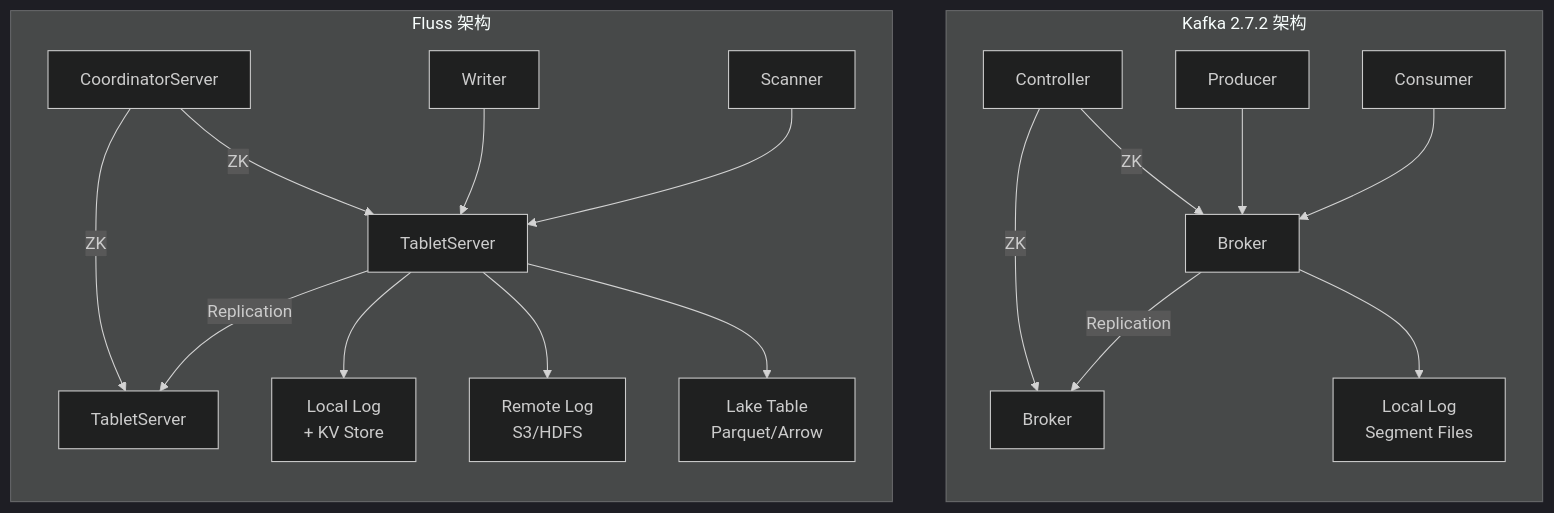
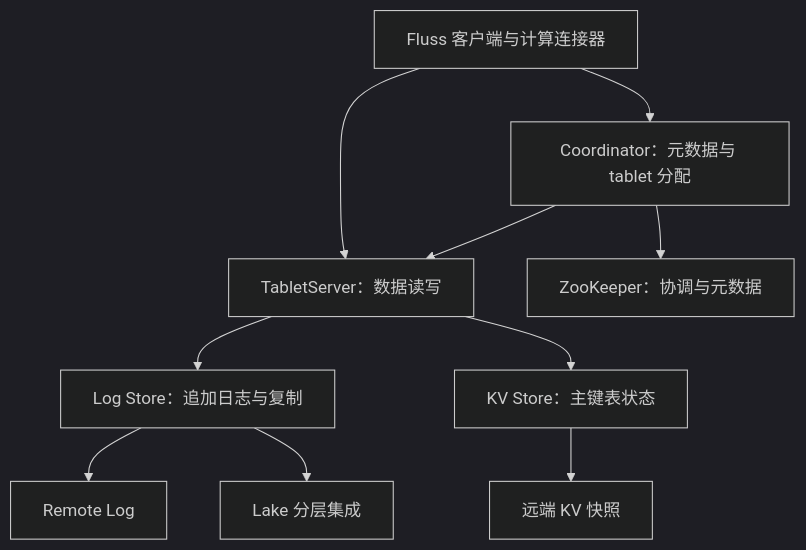
The diagram in 项目文档/Fluss源码分析/01-整体架构对比.md (BryantChang1992/ai_wikis), drawn with Mermaid (dark theme) before and after one commit. The commit also changed other lines of this file and 205 other files, not shown here.

Commit message:
Review knowledge evidence, deepen paper notes, and standardize Mermaid diagrams

````diff
--- a/项目文档/Fluss源码分析/01-整体架构对比.md
+++ b/项目文档/Fluss源码分析/01-整体架构对比.md
@@ -42,24 +31,12 @@
 ```mermaid
-graph TB
-    subgraph Kafka["Kafka 2.7.2 架构"]
-        direction TB
-        KC[Controller] -->|ZK| KB1[Broker]
-        KC -->|ZK| KB2[Broker]
-        KB1 -->|Replication| KB2
-        KB1 --> KLog[Local Log<br/>Segment Files]
-        KP[Producer] --> KB1
-        KC1[Consumer] --> KB1
-    end
-
-    subgraph Fluss["Fluss 架构"]
-        direction TB
-        FC[CoordinatorServer] -->|ZK| FT1[TabletServer]
-        FC -->|ZK| FT2[TabletServer]
-        FT1 -->|Replication| FT2
-        FT1 --> FLog[Local Log<br/>+ KV Store]
-        FT1 --> FRemote[Remote Log<br/>S3/HDFS]
-        FT1 --> FLake[Lake Table<br/>Parquet/Arrow]
-        FP[Writer] --> FT1
-        FS[Scanner] --> FT1
-    end
+flowchart TD
+  C[Fluss 客户端与计算连接器] --> CS[Coordinator：元数据与 tablet 分配]
+  C --> TS[TabletServer：数据读写]
+  CS --> Z[ZooKeeper：协调与元数据]
+  CS --> TS
+  TS --> L[Log Store：追加日志与复制]
+  TS --> K[KV Store：主键表状态]
+  L --> R[Remote Log]
+  K --> S[远端 KV 快照]
+  L --> LA[Lake 分层集成]
 ```
````
